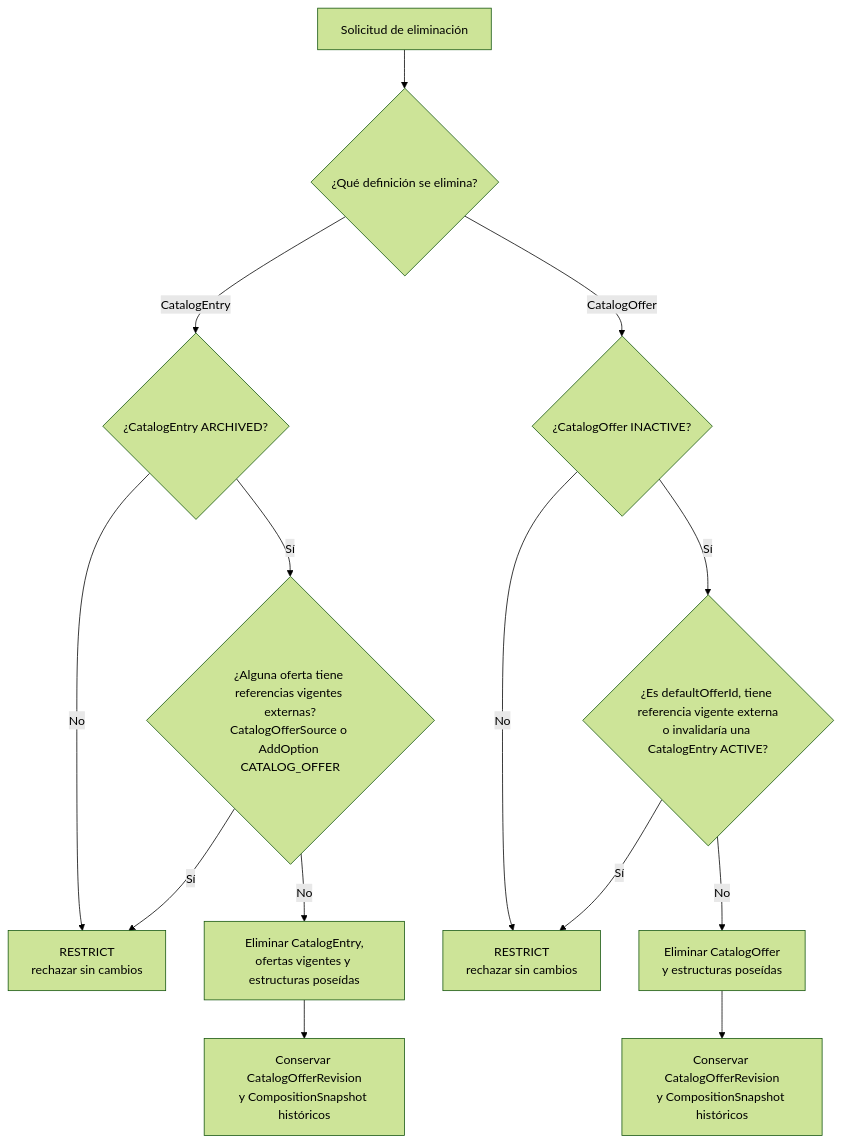
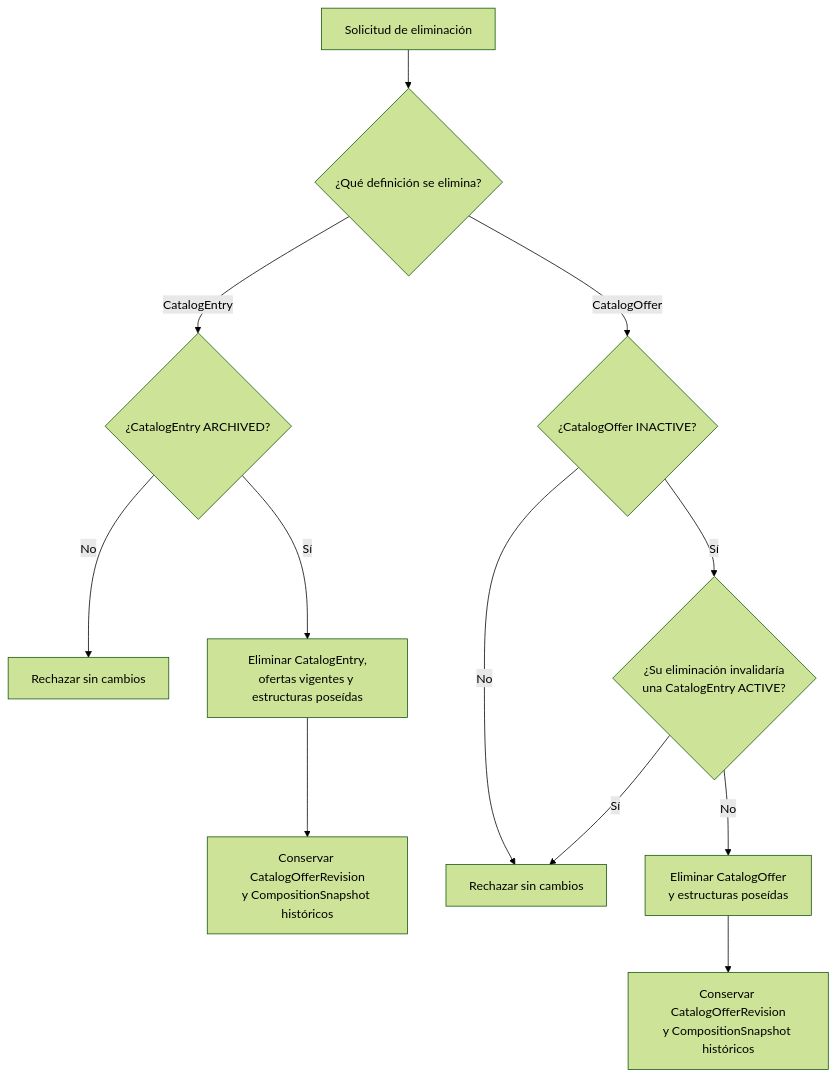
Before and after one commit to FMAT-Restaurant/Menu-Documentation: the third of 5 diagrams in docs/ers/architechture.md, drawn with Mermaid (forest theme). The commit also changed other lines of this file and 19 other files, not shown here.

````diff
--- a/docs/ers/architechture.md
+++ b/docs/ers/architechture.md
@@ -363,18 +237,16 @@
 ```mermaid
 flowchart TB
     Start["Solicitud de eliminación"] --> Kind{"¿Qué definición se elimina?"}
 
     Kind -->|CatalogEntry| EntryState{"¿CatalogEntry ARCHIVED?"}
-    EntryState -->|No| RejectEntry["RESTRICT<br/>rechazar sin cambios"]
-    EntryState -->|Sí| EntryRefs{"¿Alguna oferta tiene referencias vigentes externas?<br/>CatalogOfferSource o AddOption CATALOG_OFFER"}
-    EntryRefs -->|Sí| RejectEntry
-    EntryRefs -->|No| DeleteEntry["Eliminar CatalogEntry,<br/>ofertas vigentes y estructuras poseídas"]
+    EntryState -->|No| RejectEntry["Rechazar sin cambios"]
+    EntryState -->|Sí| DeleteEntry["Eliminar CatalogEntry,<br/>ofertas vigentes y estructuras poseídas"]
     DeleteEntry --> EntryHistory["Conservar CatalogOfferRevision<br/>y CompositionSnapshot históricos"]
 
     Kind -->|CatalogOffer| OfferState{"¿CatalogOffer INACTIVE?"}
-    OfferState -->|No| RejectOffer["RESTRICT<br/>rechazar sin cambios"]
-    OfferState -->|Sí| OfferRefs{"¿Es defaultOfferId, tiene referencia vigente externa<br/>o invalidaría una CatalogEntry ACTIVE?"}
-    OfferRefs -->|Sí| RejectOffer
-    OfferRefs -->|No| DeleteOffer["Eliminar CatalogOffer<br/>y estructuras poseídas"]
+    OfferState -->|No| RejectOffer["Rechazar sin cambios"]
+    OfferState -->|Sí| OfferConstraints{"¿Su eliminación invalidaría<br/>una CatalogEntry ACTIVE?"}
+    OfferConstraints -->|Sí| RejectOffer
+    OfferConstraints -->|No| DeleteOffer["Eliminar CatalogOffer<br/>y estructuras poseídas"]
     DeleteOffer --> OfferHistory["Conservar CatalogOfferRevision<br/>y CompositionSnapshot históricos"]
 ```
````
